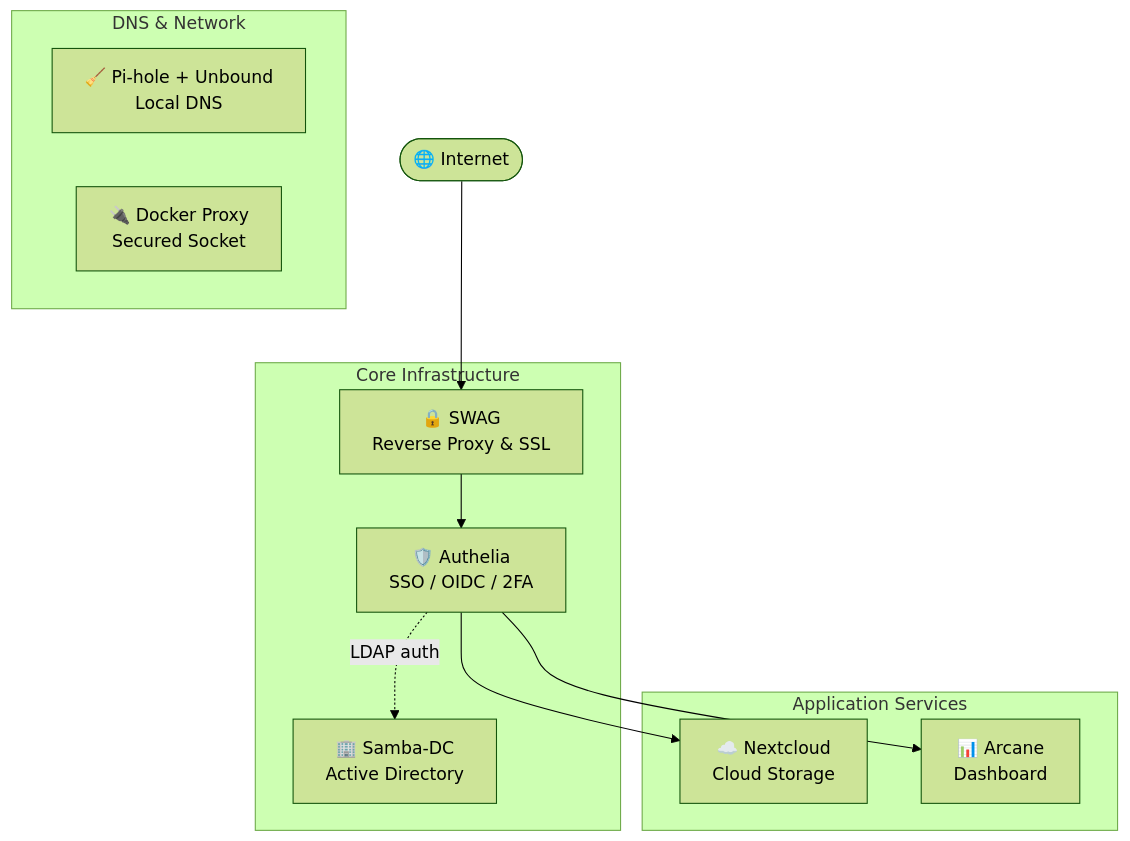
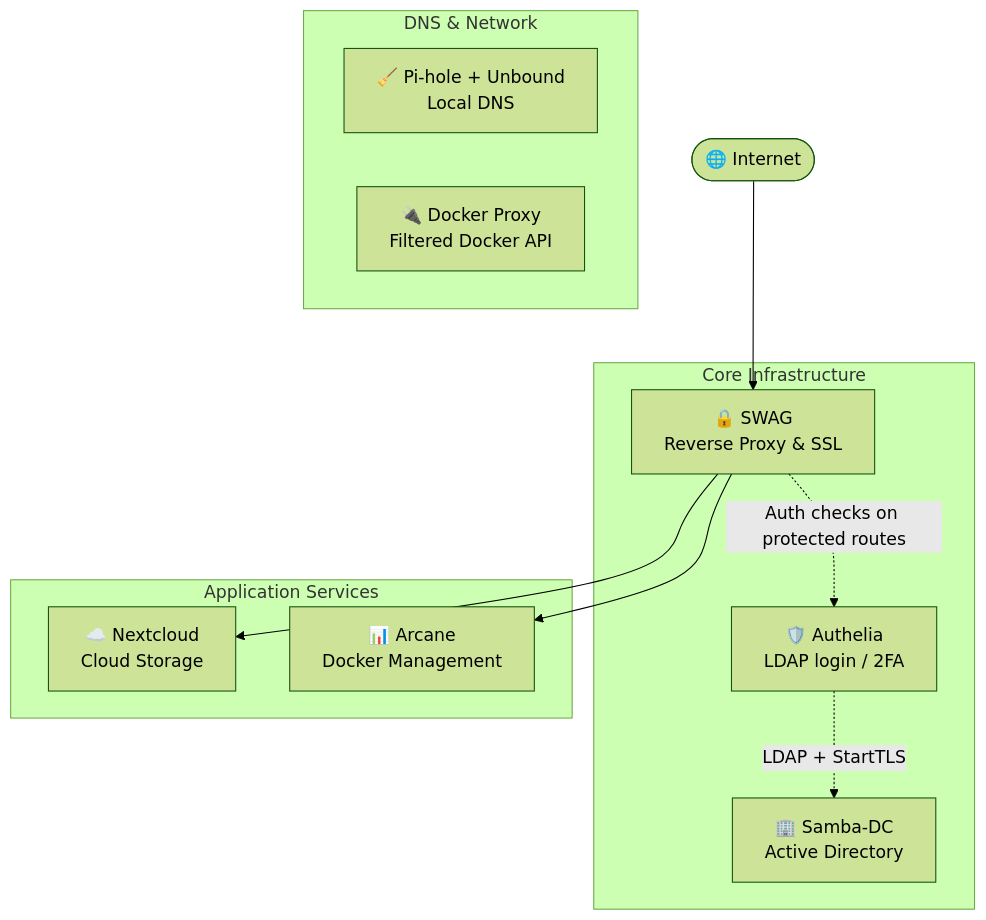
One commit to dmuiX/Docker-Compose-Infrastructure-Stack changed the diagram in README.md. Above: the diagram before and after it, drawn with Mermaid (forest theme). The commit also changed other lines of this file, not shown here.

First line of the commit message:
docs(docker-compose-infrastructure-stack): clarify the public stack reference

````diff
--- a/README.md
+++ b/README.md
@@ -27,22 +27,22 @@
 ```mermaid
 graph TD
     Internet(["🌐 Internet"])
 
     Internet --> SWAG
 
     subgraph Core Infrastructure
         SWAG["🔒 SWAG<br/>Reverse Proxy & SSL"]
-        SWAG --> Authelia["🛡️ Authelia<br/>SSO / OIDC / 2FA"]
-        Authelia -.->|LDAP auth| SambaDC["🏢 Samba-DC<br/>Active Directory"]
+        SWAG -.->|Auth checks on protected routes| Authelia["🛡️ Authelia<br/>LDAP login / 2FA"]
+        Authelia -.->|LDAP + StartTLS| SambaDC["🏢 Samba-DC<br/>Active Directory"]
     end
 
     subgraph Application Services
-        Authelia --> Nextcloud["☁️ Nextcloud<br/>Cloud Storage"]
-        Authelia --> Arcane["📊 Arcane<br/>Dashboard"]
+        SWAG --> Nextcloud["☁️ Nextcloud<br/>Cloud Storage"]
+        SWAG --> Arcane["📊 Arcane<br/>Docker Management"]
     end
 
     subgraph DNS & Network
         Pihole["🧹 Pi-hole + Unbound<br/>Local DNS"]
-        Dockerproxy["🔌 Docker Proxy<br/>Secured Socket"]
+        Dockerproxy["🔌 Docker Proxy<br/>Filtered Docker API"]
     end
 ```
````
